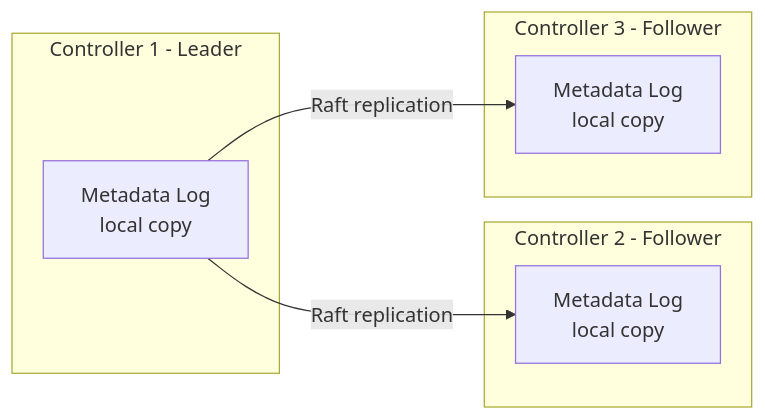
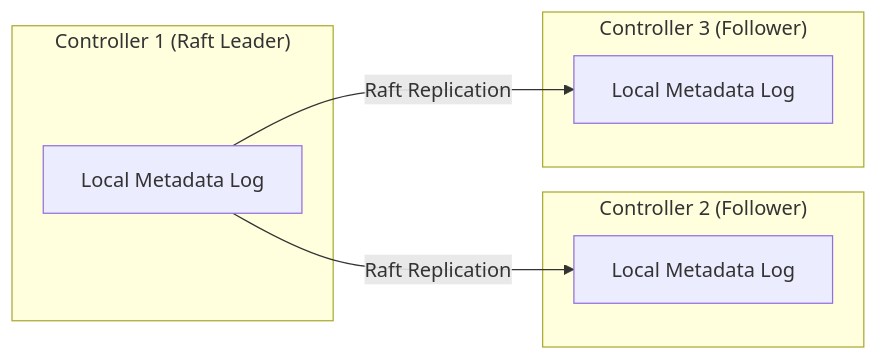
Before and after one commit to Siddpawar9222/Obsidian-Vault: the fifth of 16 diagrams in Inbox/Kafka_Obsidian_Organized/04 - Replication and KRaft/008-KRaft_and_Cluster_Consensus.md, drawn with Mermaid. The commit also changed other lines of this file and 46 other files, not shown here.

````diff
--- a/Inbox/Kafka_Obsidian_Organized/04 - Replication and KRaft/008-KRaft_and_Cluster_Consensus.md
+++ b/Inbox/Kafka_Obsidian_Organized/04 - Replication and KRaft/008-KRaft_and_Cluster_Consensus.md
@@ -263,14 +166,14 @@
 ```mermaid
 flowchart LR
-    subgraph C1["Controller 1 - Leader"]
-        L1["Metadata Log<br/>local copy"]
+    subgraph C1["Controller 1 (Raft Leader)"]
+        L1["Local Metadata Log"]
     end
-    subgraph C2["Controller 2 - Follower"]
-        L2["Metadata Log<br/>local copy"]
+    subgraph C2["Controller 2 (Follower)"]
+        L2["Local Metadata Log"]
     end
-    subgraph C3["Controller 3 - Follower"]
-        L3["Metadata Log<br/>local copy"]
+    subgraph C3["Controller 3 (Follower)"]
+        L3["Local Metadata Log"]
     end
-    L1 -->|"Raft replication"| L2
-    L1 -->|"Raft replication"| L3
+    L1 -->|"Raft Replication"| L2
+    L1 -->|"Raft Replication"| L3
 ```
````
